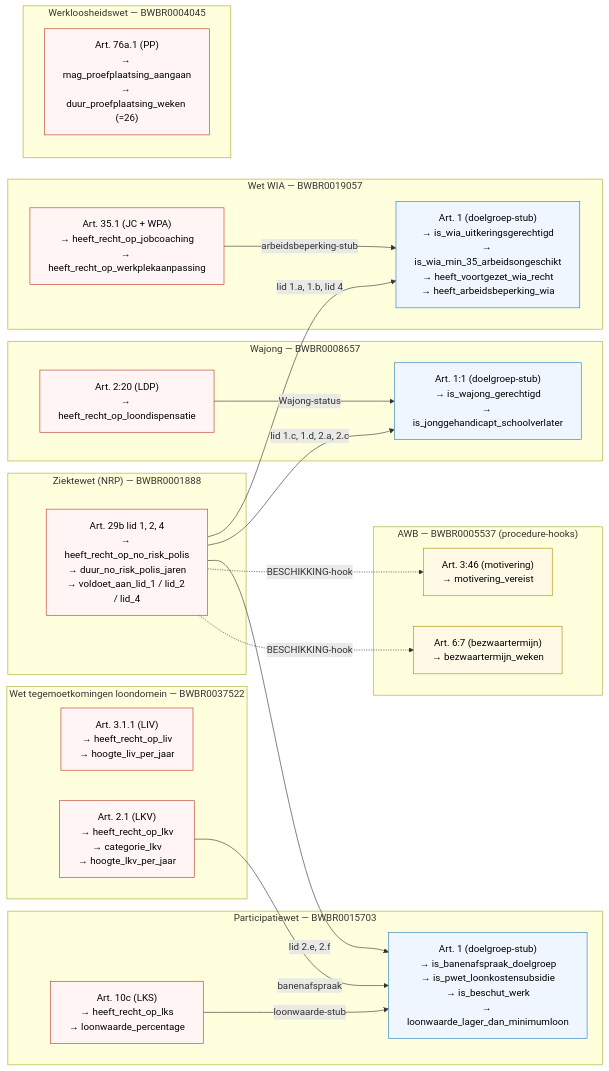
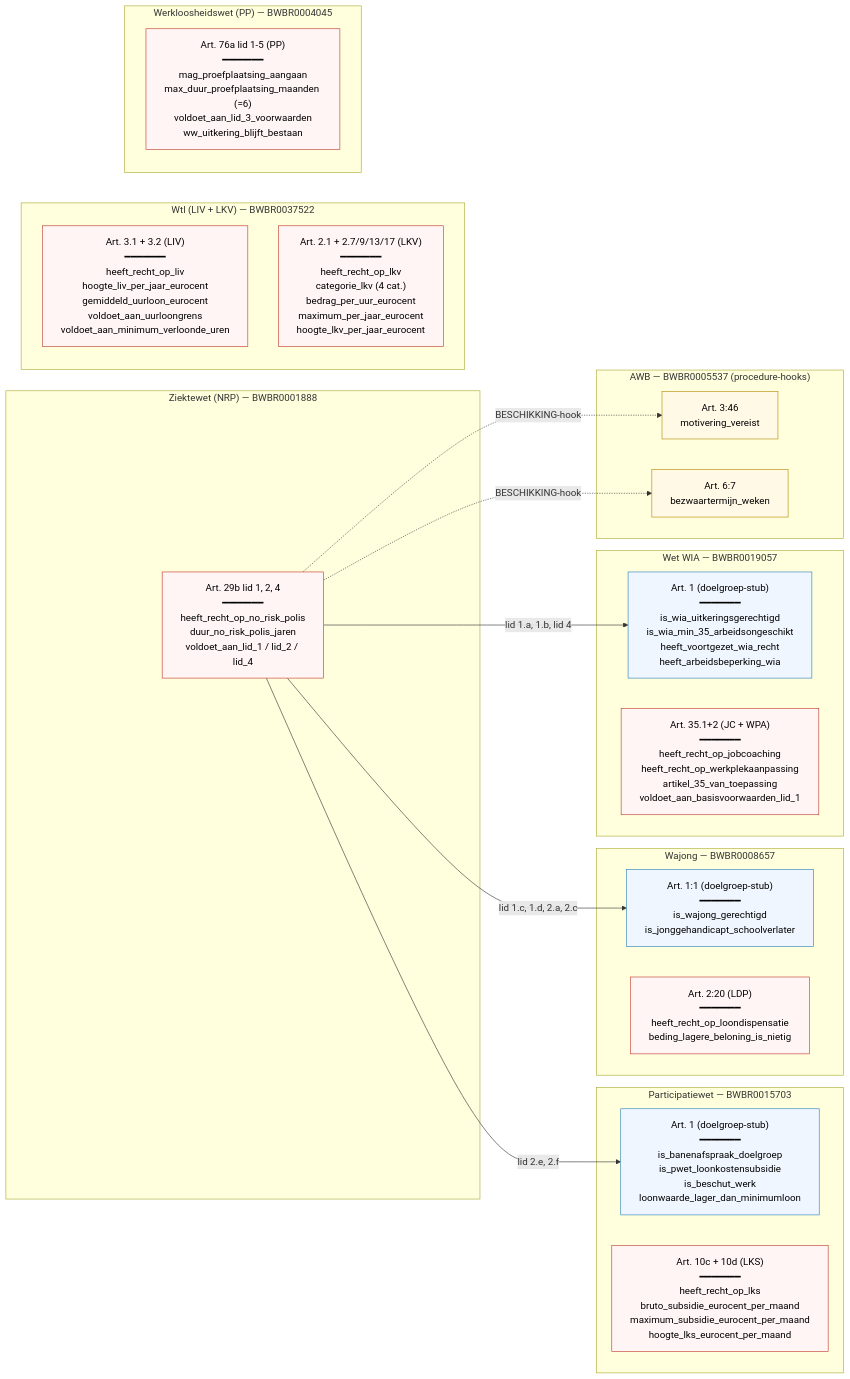
One commit to MinBZK/regelrecht changed the first of 3 diagrams in docs/financieel-cv/README.md. Above: the diagram before and after it, drawn with Mermaid. The commit also changed other lines of this file and 2 other files, not shown here.

First line of the commit message:
docs(financieel-cv): diagrammen ge-update voor volledige uitwerking

````diff
--- a/docs/financieel-cv/README.md
+++ b/docs/financieel-cv/README.md
@@ -104,58 +104,52 @@
 ```mermaid
 flowchart LR
   classDef regeling fill:#fff5f5,stroke:#c0392b,color:#000;
   classDef bron fill:#f0f6ff,stroke:#2980b9,color:#000;
   classDef proces fill:#fff9e6,stroke:#b58900,color:#000;
 
   subgraph ZW["Ziektewet (NRP) — BWBR0001888"]
-    ZW_29b["Art. 29b lid 1, 2, 4<br/>→ heeft_recht_op_no_risk_polis<br/>→ duur_no_risk_polis_jaren<br/>→ voldoet_aan_lid_1 / lid_2 / lid_4"]
+    ZW_29b["Art. 29b lid 1, 2, 4<br/>━━━━━━━<br/>heeft_recht_op_no_risk_polis<br/>duur_no_risk_polis_jaren<br/>voldoet_aan_lid_1 / lid_2 / lid_4"]
   end
 
-  subgraph WTL["Wet tegemoetkomingen loondomein — BWBR0037522"]
-    WTL_31["Art. 3.1.1 (LIV)<br/>→ heeft_recht_op_liv<br/>→ hoogte_liv_per_jaar"]
-    WTL_21["Art. 2.1 (LKV)<br/>→ heeft_recht_op_lkv<br/>→ categorie_lkv<br/>→ hoogte_lkv_per_jaar"]
+  subgraph WTL["Wtl (LIV + LKV) — BWBR0037522"]
+    WTL_31["Art. 3.1 + 3.2 (LIV)<br/>━━━━━━━<br/>heeft_recht_op_liv<br/>hoogte_liv_per_jaar_eurocent<br/>gemiddeld_uurloon_eurocent<br/>voldoet_aan_uurloongrens<br/>voldoet_aan_minimum_verloonde_uren"]
+    WTL_21["Art. 2.1 + 2.7/9/13/17 (LKV)<br/>━━━━━━━<br/>heeft_recht_op_lkv<br/>categorie_lkv (4 cat.)<br/>bedrag_per_uur_eurocent<br/>maximum_per_jaar_eurocent<br/>hoogte_lkv_per_jaar_eurocent"]
   end
 
   subgraph PW["Participatiewet — BWBR0015703"]
-    PW_1["Art. 1 (doelgroep-stub)<br/>→ is_banenafspraak_doelgroep<br/>→ is_pwet_loonkostensubsidie<br/>→ is_beschut_werk<br/>→ loonwaarde_lager_dan_minimumloon"]
-    PW_10c["Art. 10c (LKS)<br/>→ heeft_recht_op_lks<br/>→ loonwaarde_percentage"]
+    PW_1["Art. 1 (doelgroep-stub)<br/>━━━━━━━<br/>is_banenafspraak_doelgroep<br/>is_pwet_loonkostensubsidie<br/>is_beschut_werk<br/>loonwaarde_lager_dan_minimumloon"]
+    PW_10c["Art. 10c + 10d (LKS)<br/>━━━━━━━<br/>heeft_recht_op_lks<br/>bruto_subsidie_eurocent_per_maand<br/>maximum_subsidie_eurocent_per_maand<br/>hoogte_lks_eurocent_per_maand"]
   end
 
   subgraph WAJ["Wajong — BWBR0008657"]
-    WAJ_11["Art. 1:1 (doelgroep-stub)<br/>→ is_wajong_gerechtigd<br/>→ is_jonggehandicapt_schoolverlater"]
-    WAJ_220["Art. 2:20 (LDP)<br/>→ heeft_recht_op_loondispensatie"]
+    WAJ_11["Art. 1:1 (doelgroep-stub)<br/>━━━━━━━<br/>is_wajong_gerechtigd<br/>is_jonggehandicapt_schoolverlater"]
+    WAJ_220["Art. 2:20 (LDP)<br/>━━━━━━━<br/>heeft_recht_op_loondispensatie<br/>beding_lagere_beloning_is_nietig"]
   end
 
   subgraph WIA["Wet WIA — BWBR0019057"]
-    WIA_1["Art. 1 (doelgroep-stub)<br/>→ is_wia_uitkeringsgerechtigd<br/>→ is_wia_min_35_arbeidsongeschikt<br/>→ heeft_voortgezet_wia_recht<br/>→ heeft_arbeidsbeperking_wia"]
-    WIA_35["Art. 35.1 (JC + WPA)<br/>→ heeft_recht_op_jobcoaching<br/>→ heeft_recht_op_werkplekaanpassing"]
+    WIA_1["Art. 1 (doelgroep-stub)<br/>━━━━━━━<br/>is_wia_uitkeringsgerechtigd<br/>is_wia_min_35_arbeidsongeschikt<br/>heeft_voortgezet_wia_recht<br/>heeft_arbeidsbeperking_wia"]
+    WIA_35["Art. 35.1+2 (JC + WPA)<br/>━━━━━━━<br/>heeft_recht_op_jobcoaching<br/>heeft_recht_op_werkplekaanpassing<br/>artikel_35_van_toepassing<br/>voldoet_aan_basisvoorwaarden_lid_1"]
   end
 
-  subgraph WW["Werkloosheidswet — BWBR0004045"]
-    WW_76a["Art. 76a.1 (PP)<br/>→ mag_proefplaatsing_aangaan<br/>→ duur_proefplaatsing_weken (=26)"]
+  subgraph WW["Werkloosheidswet (PP) — BWBR0004045"]
+    WW_76a["Art. 76a lid 1-5 (PP)<br/>━━━━━━━<br/>mag_proefplaatsing_aangaan<br/>max_duur_proefplaatsing_maanden (=6)<br/>voldoet_aan_lid_3_voorwaarden<br/>ww_uitkering_blijft_bestaan"]
   end
 
   subgraph AWB["AWB — BWBR0005537 (procedure-hooks)"]
-    AWB_346["Art. 3:46 (motivering)<br/>→ motivering_vereist"]
-    AWB_67["Art. 6:7 (bezwaartermijn)<br/>→ bezwaartermijn_weken"]
+    AWB_346["Art. 3:46<br/>motivering_vereist"]
+    AWB_67["Art. 6:7<br/>bezwaartermijn_weken"]
   end
 
-  %% NRP cross-law sources
+  %% NRP cross-law sources (echte input.source.regulation edges)
   ZW_29b -- "lid 1.a, 1.b, lid 4" --> WIA_1
   ZW_29b -- "lid 1.c, 1.d, 2.a, 2.c" --> WAJ_11
   ZW_29b -- "lid 2.e, 2.f" --> PW_1
 
-  %% Skeletons cross- / intra-law sources
-  WTL_21 -- "banenafspraak" --> PW_1
-  PW_10c -- "loonwaarde-stub" --> PW_1
-  WAJ_220 -- "Wajong-status" --> WAJ_11
-  WIA_35  -- "arbeidsbeperking-stub" --> WIA_1
-
-  %% AWB hooks fire op elke BESCHIKKING (NRP is BESCHIKKING TOEKENNING)
+  %% AWB hooks fire op elke BESCHIKKING (alle 7 regelingen produceren BESCHIKKING TOEKENNING)
   ZW_29b -. "BESCHIKKING-hook" .-> AWB_346
   ZW_29b -. "BESCHIKKING-hook" .-> AWB_67
 
   class ZW_29b,WTL_31,WTL_21,PW_10c,WAJ_220,WIA_35,WW_76a regeling
   class WIA_1,WAJ_11,PW_1 bron
   class AWB_346,AWB_67 proces
 ```
````
